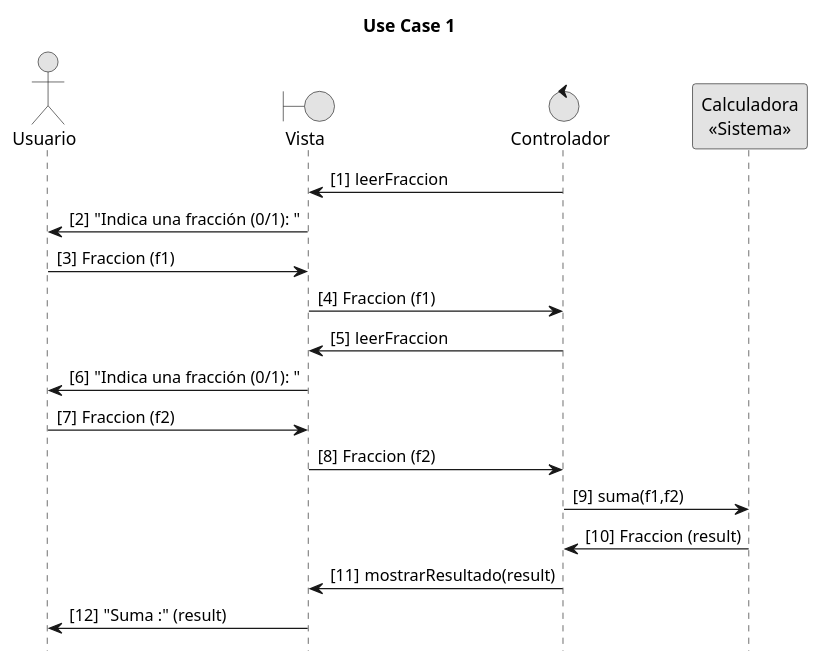
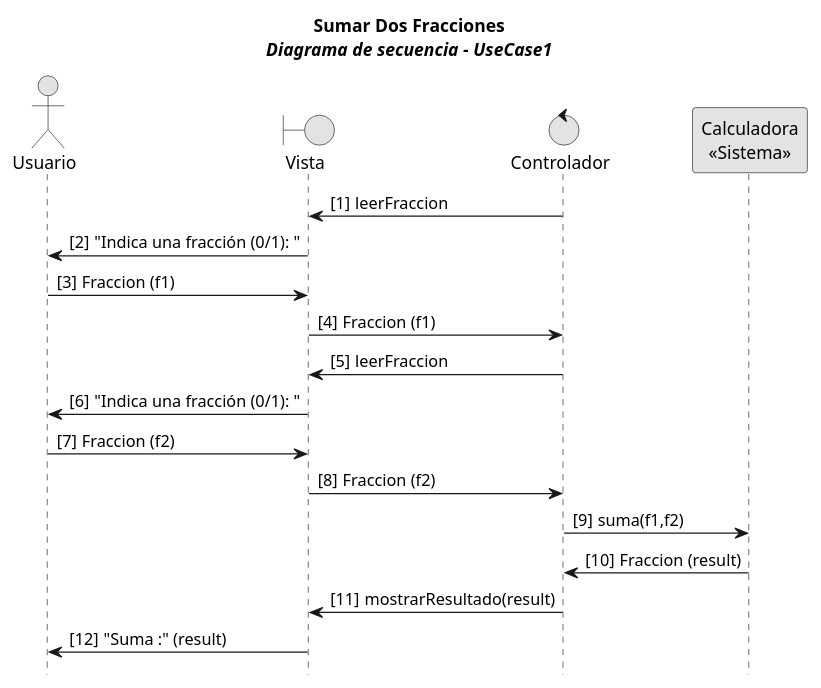
The third of 3 diagrams in ejemplos/fraccion_completo.md (srlopez/RUP), drawn with PlantUML before and after one commit.

````diff
--- a/ejemplos/fraccion_completo.md
+++ b/ejemplos/fraccion_completo.md
@@ -126,33 +126,33 @@
 ```plantuml
 @startuml
-title Use Case 1
+title <b>Sumar Dos Fracciones</b>\n<i>Diagrama de secuencia - UseCase1</i>
 skinparam monochrome true
 ' skinparam handwritten true
 ' skinparam defaultFontName Comic Sans MS
 ' skinparam classArrowFontName Arial
 
 autonumber "[0]"
 hide footbox
 
 actor Usuario as u
 boundary Vista as v
 control Controlador as c 
 participant "Calculadora\n<<Sistema>>" as s
 
 'group Comprar Producto
 c -> v: leerFraccion
 v -> u: "Indica una fracción (0/1): "
 u -> v: Fraccion (f1)
 v -> c: Fraccion (f1)
 c -> v: leerFraccion
 v -> u: "Indica una fracción (0/1): "
 u -> v: Fraccion (f2)
 v -> c: Fraccion (f2)
 c -> s: suma(f1,f2)
 s -> c: Fraccion (result)
 c -> v: mostrarResultado(result)
 v -> u: "Suma :" (result)
 
 'end
 @enduml
 ```
````
